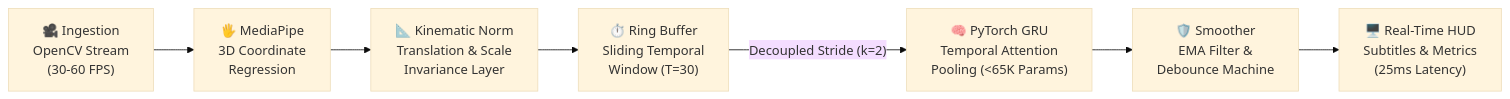
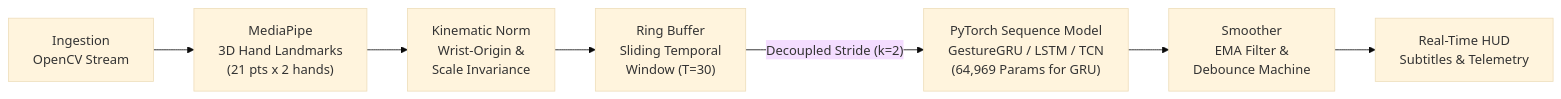
The diagram in README.md (Code-Master-1110-PGH/Real-Time-Sign-Language-Translator), drawn with Mermaid (base theme) before and after one commit. The commit also changed other lines of this file and 16 other files, not shown here.

````diff
--- a/README.md
+++ b/README.md
@@ -61,9 +36,9 @@
 ```mermaid
 flowchart LR
-    A["🎥 Ingestion\nOpenCV Stream\n(30-60 FPS)"] --> B["🖐️ MediaPipe\n3D Coordinate\nRegression"]
-    B --> C["📐 Kinematic Norm\nTranslation & Scale\nInvariance Layer"]
-    C --> D["⏱️ Ring Buffer\nSliding Temporal\nWindow (T=30)"]
-    D -->|"Decoupled Stride (k=2)"| E["🧠 PyTorch GRU\nTemporal Attention\nPooling (<65K Params)"]
-    E --> F["🛡️ Smoother\nEMA Filter &\nDebounce Machine"]
-    F --> G["🖥️ Real-Time HUD\nSubtitles & Metrics\n(25ms Latency)"]
+    A["Ingestion\nOpenCV Stream"] --> B["MediaPipe\n3D Hand Landmarks\n(21 pts x 2 hands)"]
+    B --> C["Kinematic Norm\nWrist-Origin &\nScale Invariance"]
+    C --> D["Ring Buffer\nSliding Temporal\nWindow (T=30)"]
+    D -->|"Decoupled Stride (k=2)"| E["PyTorch Sequence Model\nGestureGRU / LSTM / TCN\n(64,969 Params for GRU)"]
+    E --> F["Smoother\nEMA Filter &\nDebounce Machine"]
+    F --> G["Real-Time HUD\nSubtitles & Telemetry"]
 ```
````
